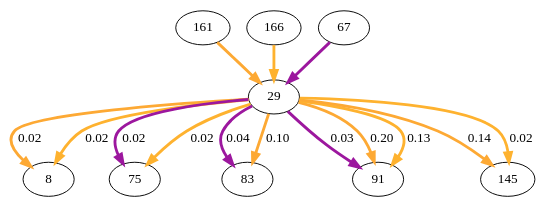
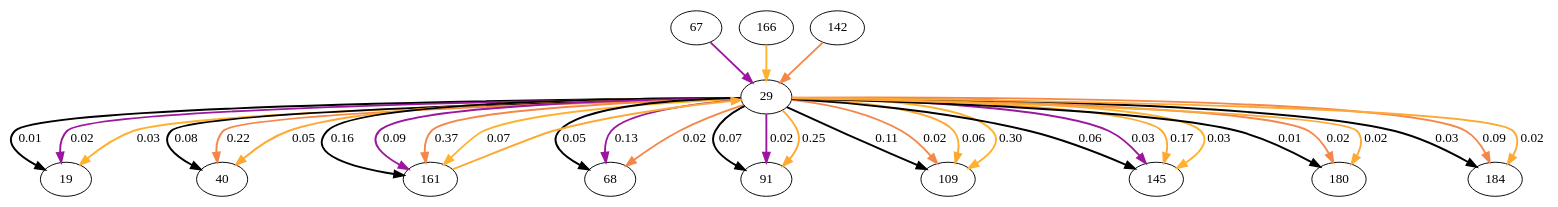
The diagram in graph/my_graph29.dot (jonhyona/Potts_python_Ghislain), drawn with Graphviz before and after one commit. The commit also changed 54 other files, not shown here.

```diff
--- a/graph/my_graph29.dot
+++ b/graph/my_graph29.dot
@@ -1,25 +1,49 @@
 digraph  {
+67;
+29;
+19;
+166;
+142;
+40;
 161;
-29;
-8;
-166;
-67;
-75;
-83;
+68;
 91;
+109;
 145;
-161 -> 29  [color="#fda934", key=0, penwidth=3];
-29 -> 8  [color="#fda934", key=0, label="0.02", penwidth=3];
-29 -> 8  [color="#feb22f", key=1, label="0.02", penwidth=3];
-29 -> 75  [color="#9c179e", key=0, label="0.02", penwidth=3];
-29 -> 75  [color="#feb22f", key=1, label="0.02", penwidth=3];
-29 -> 83  [color="#9c179e", key=0, label="0.04", penwidth=3];
-29 -> 83  [color="#fda934", key=1, label="0.10", penwidth=3];
-29 -> 91  [color="#9c179e", key=0, label="0.03", penwidth=3];
-29 -> 91  [color="#fda934", key=1, label="0.20", penwidth=3];
-29 -> 91  [color="#feb22f", key=2, label="0.13", penwidth=3];
-29 -> 145  [color="#fda934", key=0, label="0.14", penwidth=3];
-29 -> 145  [color="#feb22f", key=1, label="0.02", penwidth=3];
-166 -> 29  [color="#feb22f", key=0, penwidth=3];
-67 -> 29  [color="#9c179e", key=0, penwidth=3];
+180;
+184;
+67 -> 29  [color="#9c179e", key=0, penwidth=2];
+29 -> 19  [color=black, key=0, label="0.01", penwidth=2];
+29 -> 19  [color="#9c179e", key=1, label="0.02", penwidth=2];
+29 -> 19  [color="#feb22f", key=2, label="0.03", penwidth=2];
+29 -> 40  [color=black, key=0, label="0.08", penwidth=2];
+29 -> 40  [color="#f48749", key=1, label="0.22", penwidth=2];
+29 -> 40  [color="#fda934", key=2, label="0.05", penwidth=2];
+29 -> 68  [color=black, key=0, label="0.05", penwidth=2];
+29 -> 68  [color="#9c179e", key=1, label="0.13", penwidth=2];
+29 -> 68  [color="#f48749", key=2, label="0.02", penwidth=2];
+29 -> 91  [color=black, key=0, label="0.07", penwidth=2];
+29 -> 91  [color="#9c179e", key=1, label="0.02", penwidth=2];
+29 -> 91  [color="#fda934", key=2, label="0.25", penwidth=2];
+29 -> 109  [color=black, key=0, label="0.11", penwidth=2];
+29 -> 109  [color="#f48749", key=1, label="0.02", penwidth=2];
+29 -> 109  [color="#fda934", key=2, label="0.06", penwidth=2];
+29 -> 109  [color="#feb22f", key=3, label="0.30", penwidth=2];
+29 -> 145  [color=black, key=0, label="0.06", penwidth=2];
+29 -> 145  [color="#9c179e", key=1, label="0.03", penwidth=2];
+29 -> 145  [color="#fda934", key=2, label="0.17", penwidth=2];
+29 -> 145  [color="#feb22f", key=3, label="0.03", penwidth=2];
+29 -> 161  [color=black, key=0, label="0.16", penwidth=2];
+29 -> 161  [color="#9c179e", key=1, label="0.09", penwidth=2];
+29 -> 161  [color="#f48749", key=2, label="0.37", penwidth=2];
+29 -> 161  [color="#feb22f", key=3, label="0.07", penwidth=2];
+29 -> 180  [color=black, key=0, label="0.01", penwidth=2];
+29 -> 180  [color="#f48749", key=1, label="0.02", penwidth=2];
+29 -> 180  [color="#fda934", key=2, label="0.02", penwidth=2];
+29 -> 184  [color=black, key=0, label="0.03", penwidth=2];
+29 -> 184  [color="#f48749", key=1, label="0.09", penwidth=2];
+29 -> 184  [color="#fda934", key=2, label="0.02", penwidth=2];
+166 -> 29  [color="#feb22f", key=0, penwidth=2];
+142 -> 29  [color="#f48749", key=0, penwidth=2];
+161 -> 29  [color="#fda934", key=0, penwidth=2];
 }
```
